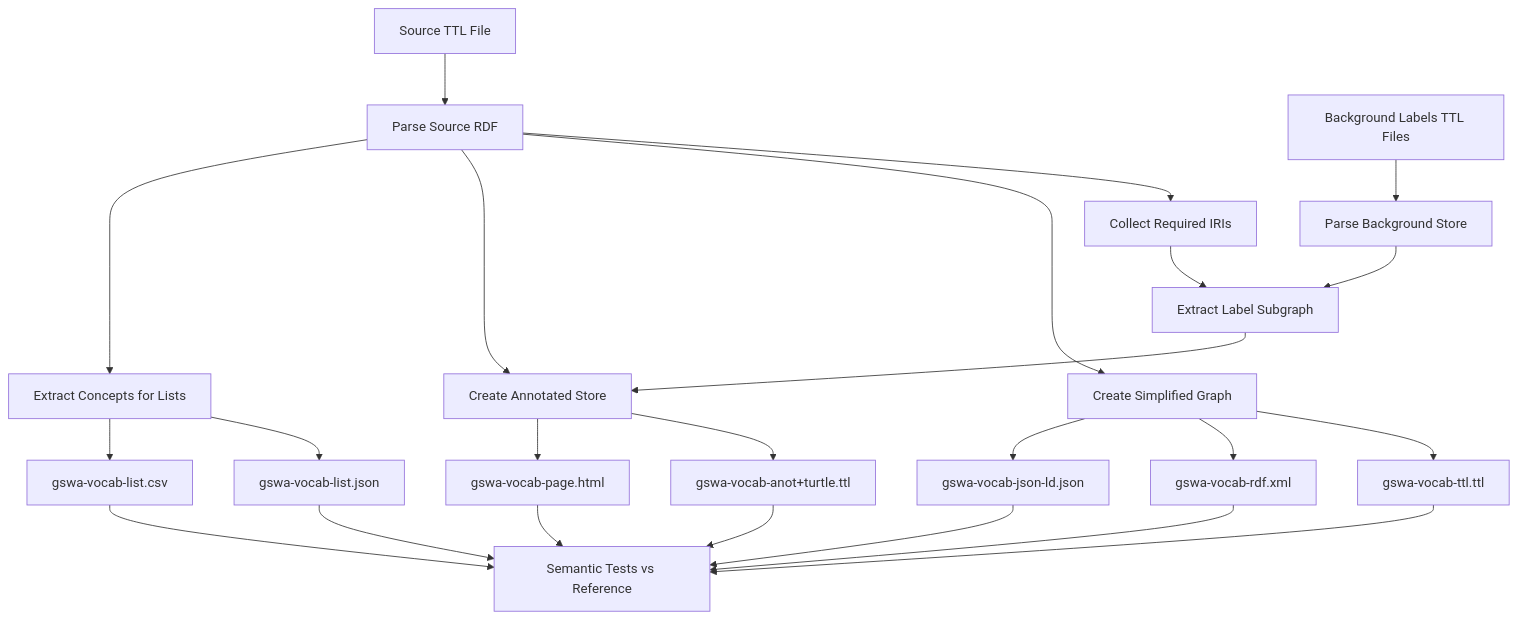
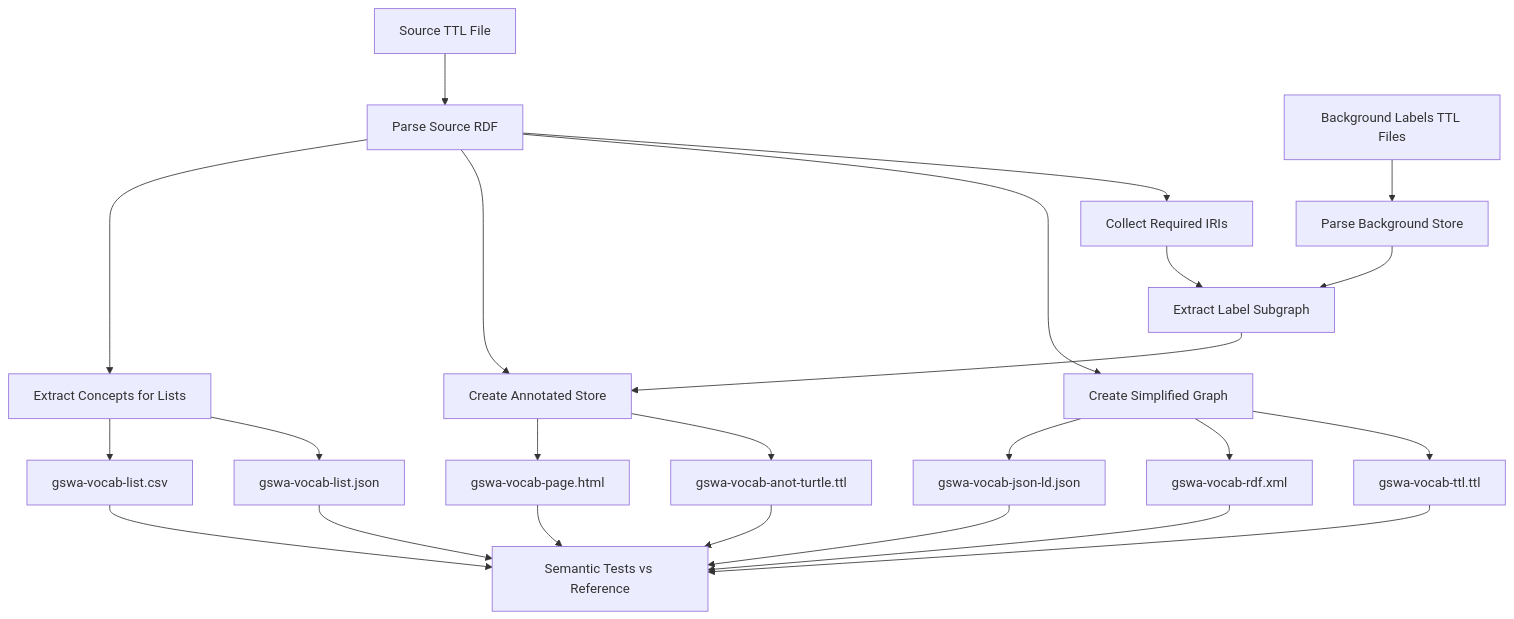
The diagram in scripts/README.md (Kurrawong/prez-lite), drawn with Mermaid before and after one commit. The commit also changed other lines of this file and 376 other files, not shown here.

````diff
--- a/scripts/README.md
+++ b/scripts/README.md
@@ -11,32 +11,32 @@
 ```mermaid
 flowchart TD
   sourceTtl[Source TTL File] --> parseSource[Parse Source RDF]
   backgroundTtl[Background Labels TTL Files] --> parseBg[Parse Background Store]
   
   parseSource --> collectIRIs[Collect Required IRIs]
   parseBg --> extractLabels[Extract Label Subgraph]
   collectIRIs --> extractLabels
   
   parseSource --> simplified[Create Simplified Graph]
   extractLabels --> annotated[Create Annotated Store]
   parseSource --> annotated
   
   simplified --> ttlOut[gswa-vocab-ttl.ttl]
   simplified --> rdfXmlOut[gswa-vocab-rdf.xml]
   simplified --> jsonLdOut[gswa-vocab-json-ld.json]
   
   parseSource --> listExport[Extract Concepts for Lists]
   listExport --> listJson[gswa-vocab-list.json]
   listExport --> listCsv[gswa-vocab-list.csv]
   
-  annotated --> anotTtl[gswa-vocab-anot+turtle.ttl]
+  annotated --> anotTtl[gswa-vocab-anot-turtle.ttl]
   annotated --> html[gswa-vocab-page.html]
   
   anotTtl --> tests[Semantic Tests vs Reference]
   ttlOut --> tests
   rdfXmlOut --> tests
   jsonLdOut --> tests
   listJson --> tests
   listCsv --> tests
   html --> tests
 ```
````
